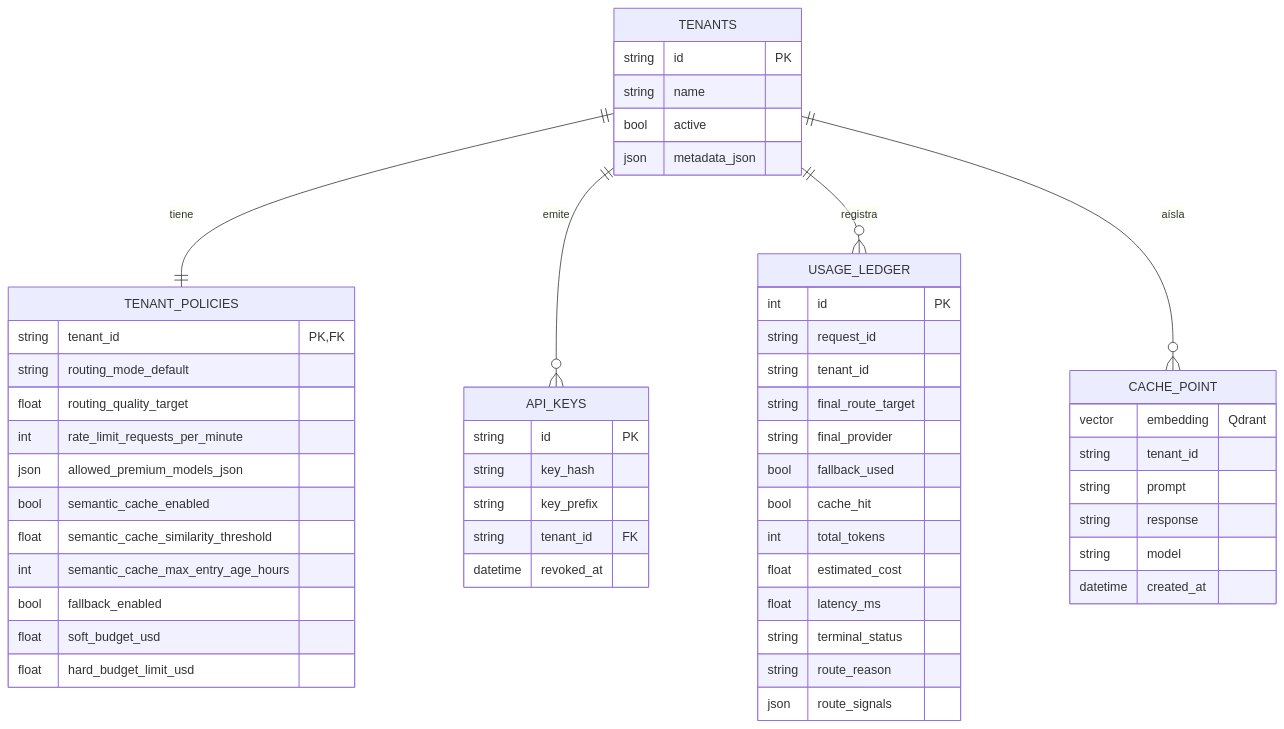
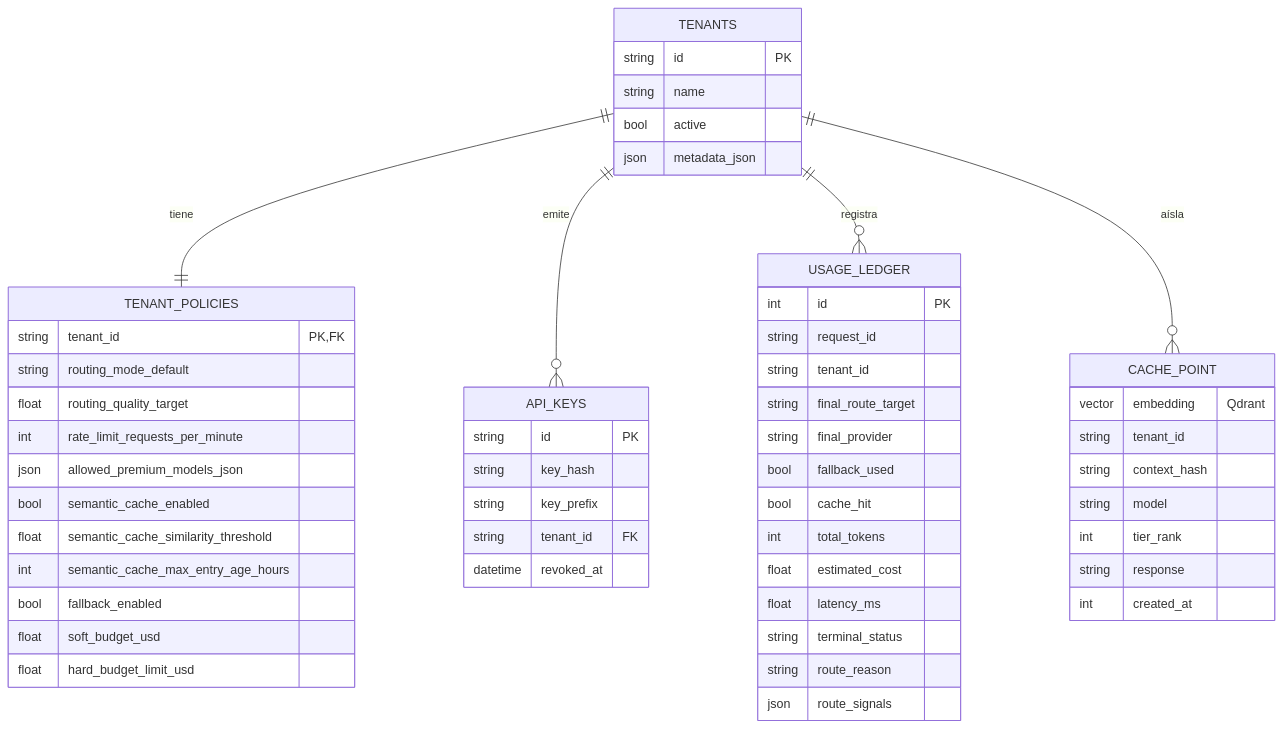
Before and after one commit to joacofg/nebula.ai: the diagram in docs/tfc/tesis/figuras/modelo-datos.mmd, drawn with Mermaid. The commit also changed 70 other files, not shown here.

```diff
--- a/docs/tfc/tesis/figuras/modelo-datos.mmd
+++ b/docs/tfc/tesis/figuras/modelo-datos.mmd
@@ -1,54 +1,55 @@
 erDiagram
     TENANTS ||--|| TENANT_POLICIES : "tiene"
     TENANTS ||--o{ API_KEYS : "emite"
     TENANTS ||--o{ USAGE_LEDGER : "registra"
     TENANTS ||--o{ CACHE_POINT : "aísla"
     TENANTS {
         string id PK
         string name
         bool active
         json metadata_json
     }
     TENANT_POLICIES {
         string tenant_id PK,FK
         string routing_mode_default
         float routing_quality_target
         int rate_limit_requests_per_minute
         json allowed_premium_models_json
         bool semantic_cache_enabled
         float semantic_cache_similarity_threshold
         int semantic_cache_max_entry_age_hours
         bool fallback_enabled
         float soft_budget_usd
         float hard_budget_limit_usd
     }
     API_KEYS {
         string id PK
         string key_hash
         string key_prefix
         string tenant_id FK
         datetime revoked_at
     }
     USAGE_LEDGER {
         int id PK
         string request_id
         string tenant_id
         string final_route_target
         string final_provider
         bool fallback_used
         bool cache_hit
         int total_tokens
         float estimated_cost
         float latency_ms
         string terminal_status
         string route_reason
         json route_signals
     }
     CACHE_POINT {
         vector embedding "Qdrant"
         string tenant_id
-        string prompt
+        string context_hash
+        string model
+        int tier_rank
         string response
-        string model
-        datetime created_at
+        int created_at
     }
```
